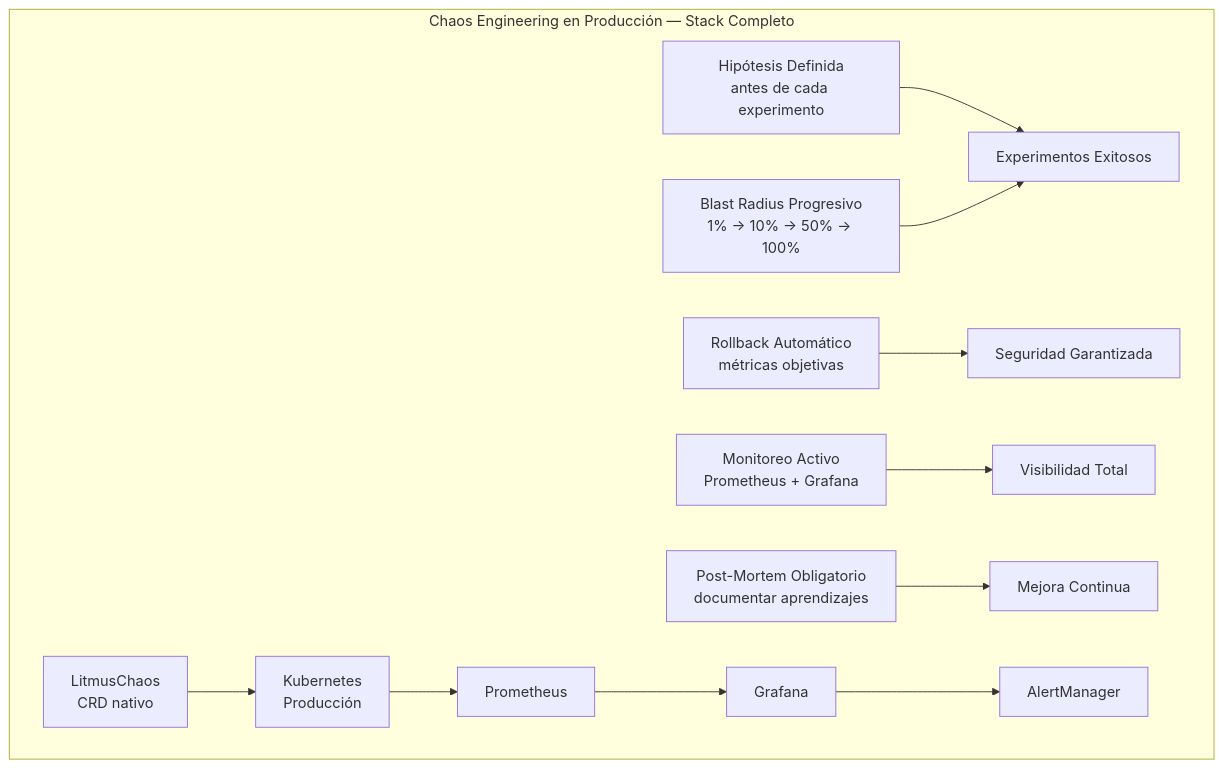
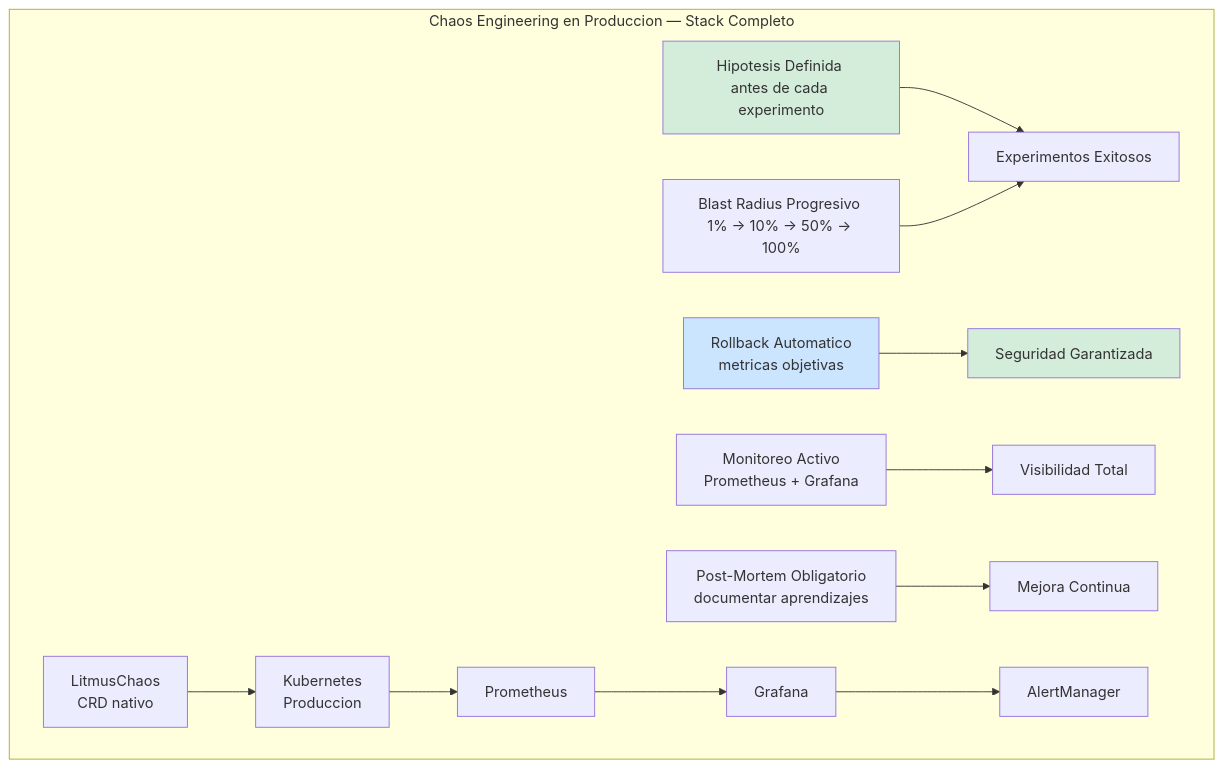
One commit to Joaquinriosheredia/DAM-Java-Mastery changed the third of 3 diagrams in 05_SRE_DevOps/chaos_engineering_con_gremlin_y_litmus_en_kubernetes_STAFF.md. Above: the diagram before and after it, drawn with Mermaid. The commit also changed other lines of this file, not shown here.

Commit message:
chaos_engineering_con_gremlin_y_litmus_en_kubernetes_STAFF.md

````diff
--- a/05_SRE_DevOps/chaos_engineering_con_gremlin_y_litmus_en_kubernetes_STAFF.md
+++ b/05_SRE_DevOps/chaos_engineering_con_gremlin_y_litmus_en_kubernetes_STAFF.md
@@ -678,21 +678,25 @@
 ```mermaid
 graph TD
-    subgraph "Chaos Engineering en Producción — Stack Completo"
-        HYPO[Hipótesis Definida<br>antes de cada experimento]
-        BLAST[Blast Radius Progresivo<br>1% → 10% → 50% → 100%]
-        ROLL[Rollback Automático<br>métricas objetivas]
-        MON[Monitoreo Activo<br>Prometheus + Grafana]
-        POST[Post-Mortem Obligatorio<br>documentar aprendizajes]
+    subgraph "Chaos Engineering en Produccion — Stack Completo"
+        HYPO[Hipotesis Definida <br >antes de cada experimento]
+        BLAST[Blast Radius Progresivo <br >1% → 10% → 50% → 100%]
+        ROLL[Rollback Automatico <br >metricas objetivas]
+        MON[Monitoreo Activo <br >Prometheus + Grafana]
+        POST[Post-Mortem Obligatorio <br >documentar aprendizajes]
 
         HYPO --> SUCCESS[Experimentos Exitosos]
         BLAST --> SUCCESS
         ROLL --> SAFE[Seguridad Garantizada]
         MON --> VISIBILITY[Visibilidad Total]
         POST --> IMPROVE[Mejora Continua]
 
-        LIT2[LitmusChaos<br>CRD nativo] --> K8S2[Kubernetes<br>Producción]
+        LIT2[LitmusChaos <br >CRD nativo] --> K8S2[Kubernetes <br >Produccion]
         K8S2 --> PROM2[Prometheus]
         PROM2 --> GRAF2[Grafana]
         GRAF2 --> AM2[AlertManager]
     end
+    
+    style HYPO fill:#d4edda
+    style ROLL fill:#cce5ff
+    style SAFE fill:#d4edda
 ```
````
